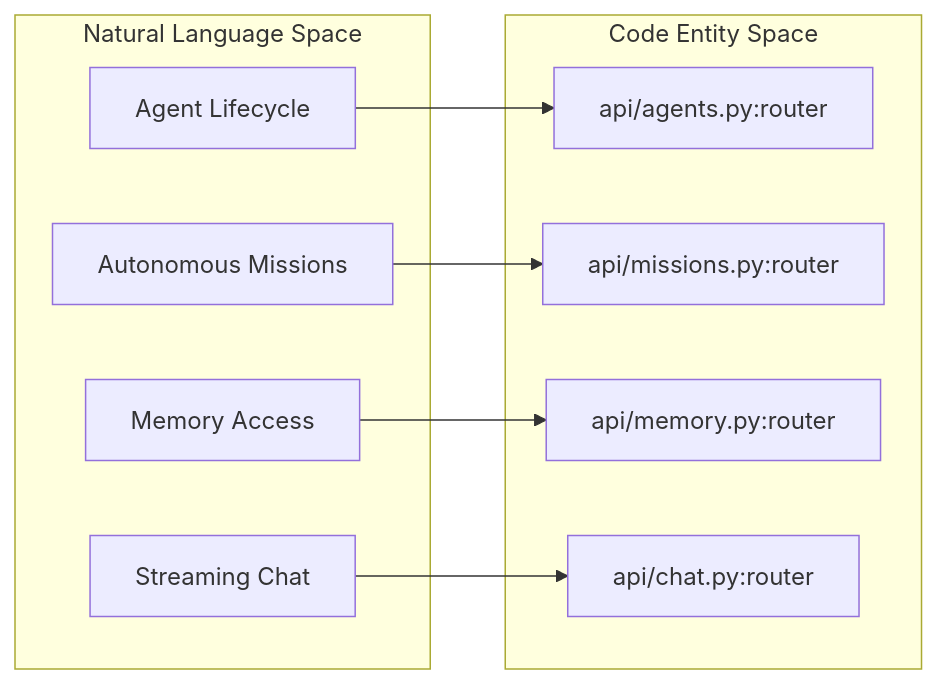
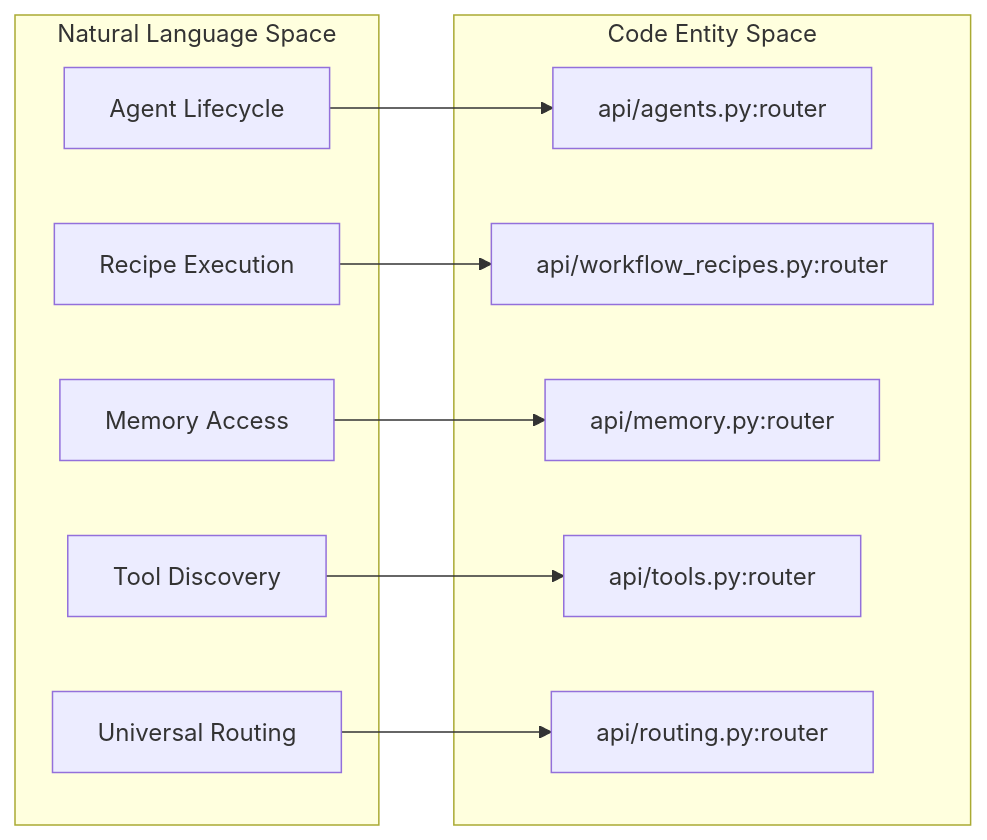
The second of 3 diagrams in docs/backend-architecture/fastapi-application.md (AutomatosAI/automatos-ai), drawn with Mermaid before and after one commit. The commit also changed other lines of this file and 153 other files, not shown here.

````diff
--- a/docs/backend-architecture/fastapi-application.md
+++ b/docs/backend-architecture/fastapi-application.md
@@ -129,16 +105,18 @@
 ```mermaid
 graph LR
     subgraph "Natural Language Space"
         A["Agent Lifecycle"]
-        B["Autonomous Missions"]
+        B["Recipe Execution"]
         C["Memory Access"]
-        D["Streaming Chat"]
+        D["Tool Discovery"]
+        E["Universal Routing"]
     end
 
     subgraph "Code Entity Space"
         A --> agents_router["api/agents.py:router"]
-        B --> missions_router["api/missions.py:router"]
+        B --> recipes_router["api/workflow_recipes.py:router"]
         C --> memory_router["api/memory.py:router"]
-        D --> chat_router["api/chat.py:router"]
+        D --> tools_router["api/tools.py:router"]
+        E --> routing_router["api/routing.py:router"]
     end
 ```
````
